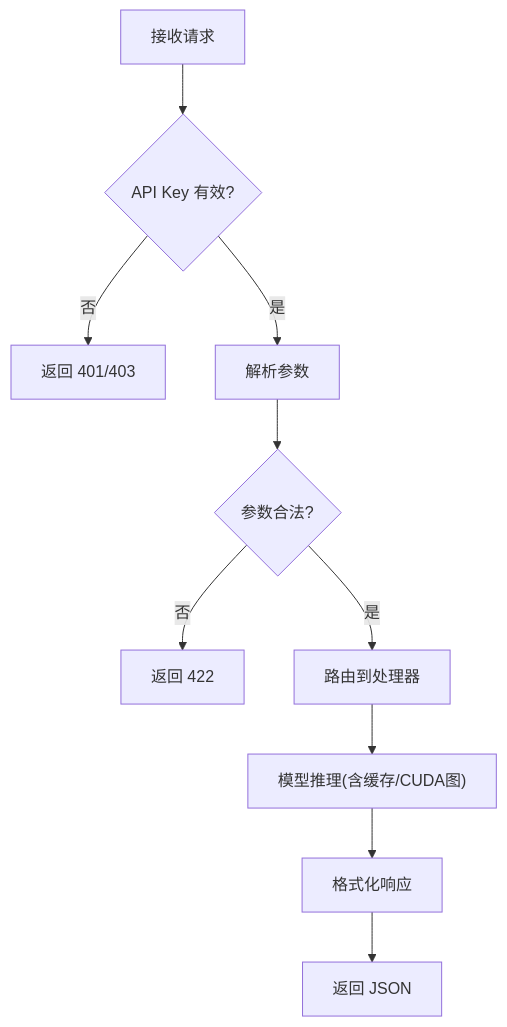
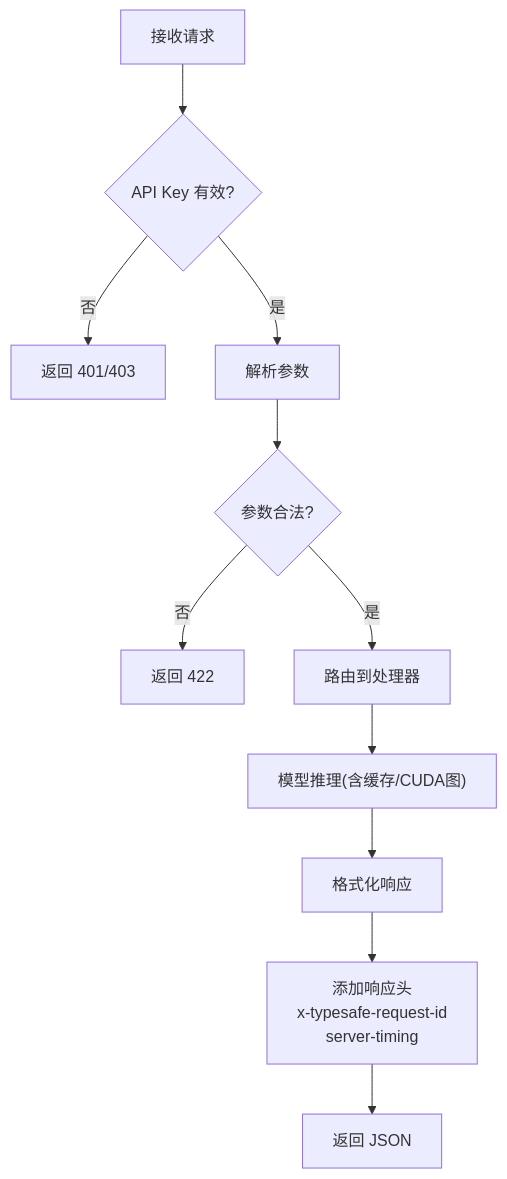
Before and after one commit to joezxh/kev: the fourth of 10 diagrams in .qoder/repowiki/zh/content/推理服务/推理服务.md, drawn with Mermaid. The commit also changed other lines of this file and 220 other files, not shown here.

````diff
--- a/.qoder/repowiki/zh/content/推理服务/推理服务.md
+++ b/.qoder/repowiki/zh/content/推理服务/推理服务.md
@@ -148,12 +158,13 @@
 ```mermaid
 flowchart TD
 Req["接收请求"] --> Auth{"API Key 有效?"}
 Auth --> |否| Err["返回 401/403"]
 Auth --> |是| Parse["解析参数"]
 Parse --> Validate{"参数合法?"}
 Validate --> |否| Err2["返回 422"]
 Validate --> |是| Dispatch["路由到处理器"]
 Dispatch --> Infer["模型推理(含缓存/CUDA图)"]
 Infer --> Format["格式化响应"]
-Format --> Resp["返回 JSON"]
+Format --> Headers["添加响应头<br/>x-typesafe-request-id<br/>server-timing"]
+Headers --> Resp["返回 JSON"]
 ```
````
